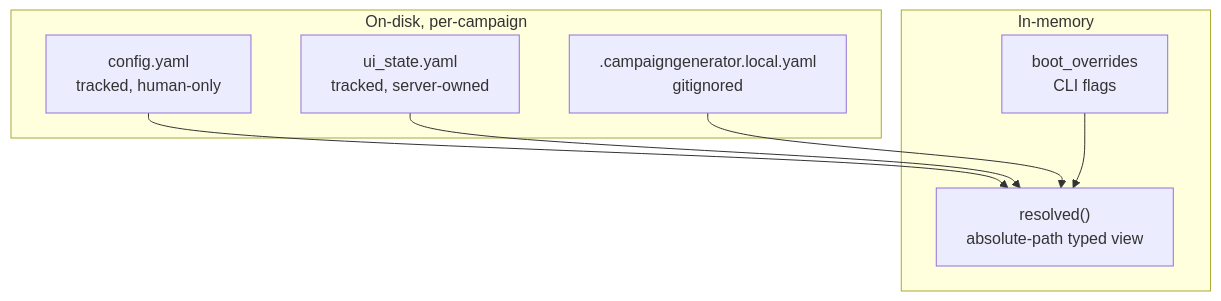
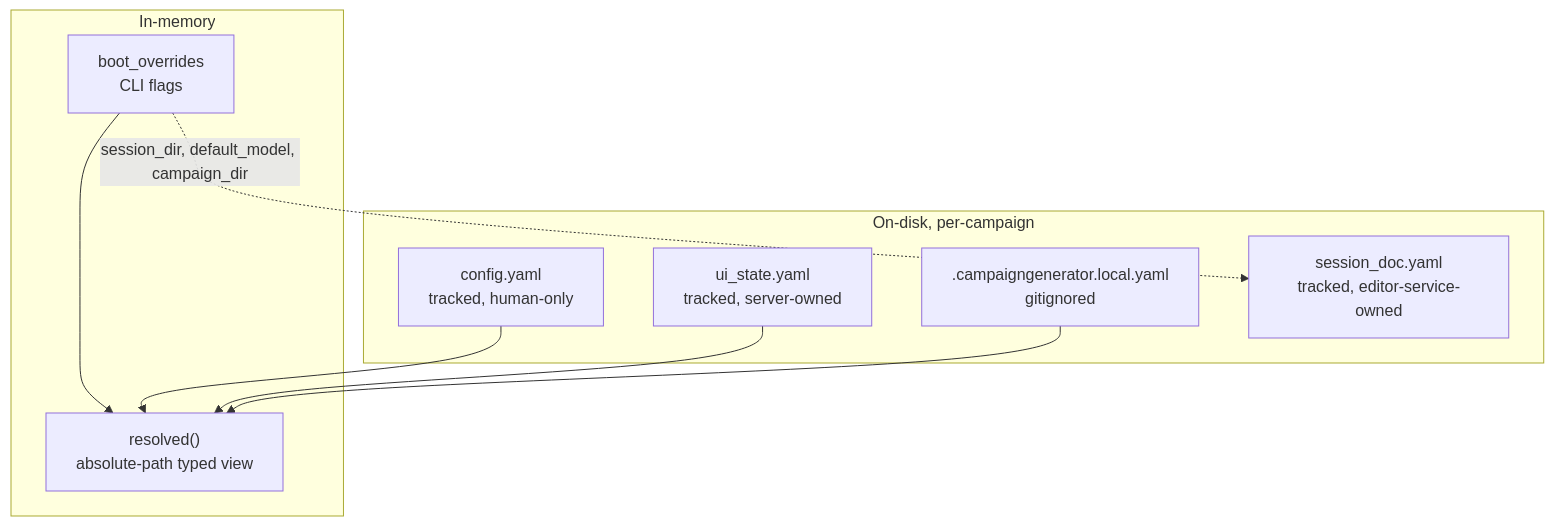
Before and after one commit to kostadis/CampaignGenerator: the diagram in docs/config/schema.md, drawn with Mermaid. The commit also changed other lines of this file and 6 other files, not shown here.

````diff
--- a/docs/config/schema.md
+++ b/docs/config/schema.md
@@ -9,16 +11,18 @@
 ```mermaid
 flowchart TB
   subgraph disk[On-disk, per-campaign]
     CY["config.yaml<br/>tracked, human-only"]
     US["ui_state.yaml<br/>tracked, server-owned"]
     LC[".campaigngenerator.local.yaml<br/>gitignored"]
+    SD["session_doc.yaml<br/>tracked, editor-service-owned"]
   end
   subgraph mem[In-memory]
     BO["boot_overrides<br/>CLI flags"]
     RES["resolved()<br/>absolute-path typed view"]
   end
   CY --> RES
   US --> RES
   BO --> RES
   LC --> RES
+  BO -.->|session_dir, default_model, campaign_dir| SD
 ```
````
